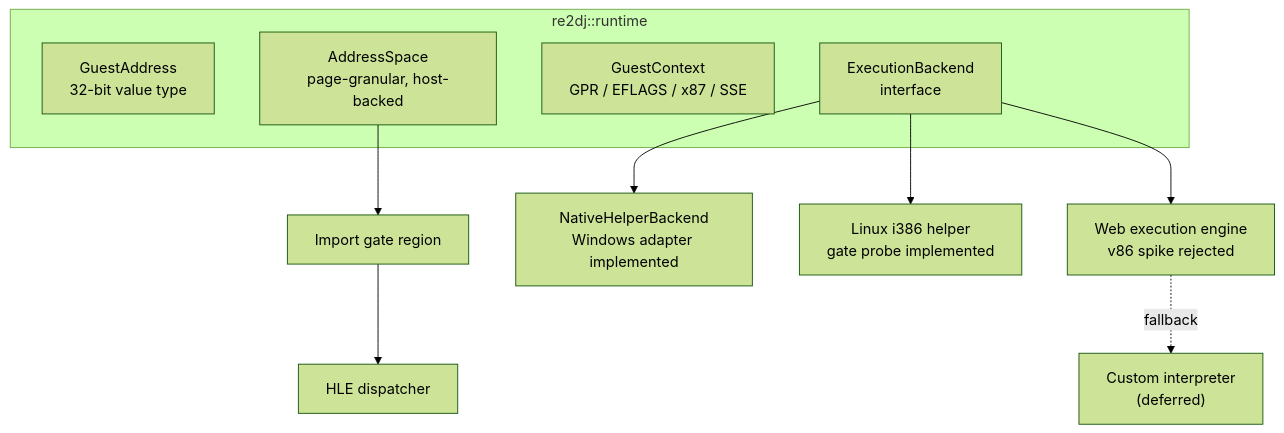
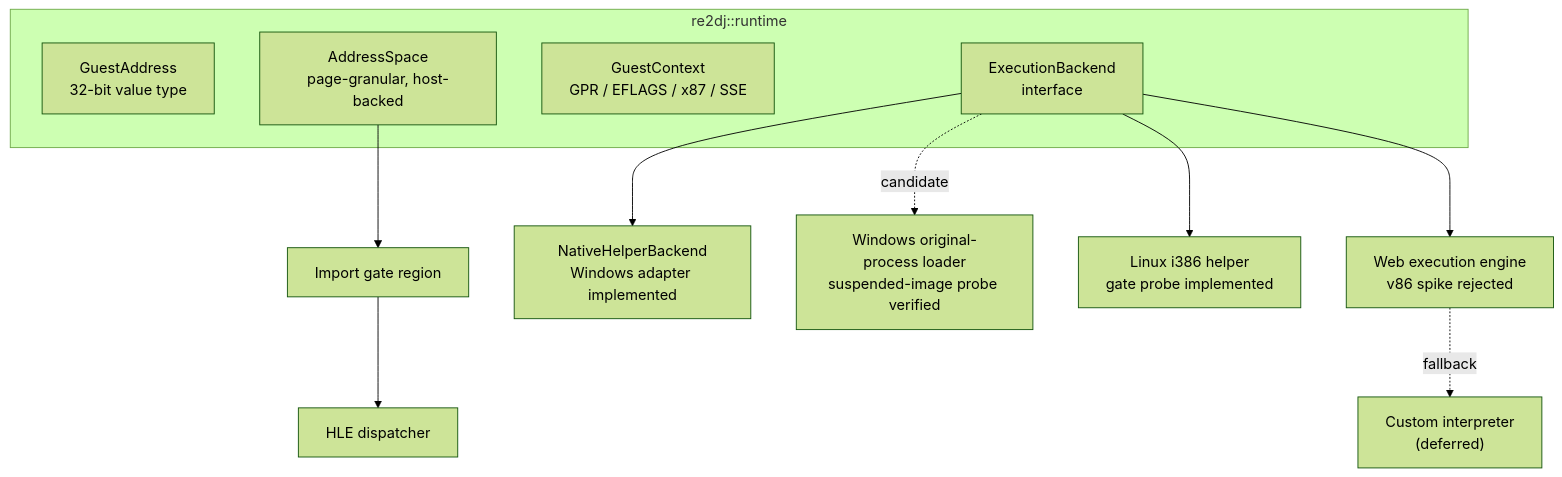
The third of 3 diagrams in ARCHITECTURE.md (nworkers/re2DJ), drawn with Mermaid (forest theme) before and after one commit. The commit also changed other lines of this file and 124 other files, not shown here.

Commit message:
Bring up Windows x86 launcher probe and trace protected ez2dj execution

````diff
--- a/ARCHITECTURE.md
+++ b/ARCHITECTURE.md
@@ -199,15 +199,16 @@
 ```mermaid
 flowchart TD
     subgraph runtime["re2dj::runtime"]
         GA["GuestAddress<br/>32-bit value type"]
         AS["AddressSpace<br/>page-granular, host-backed"]
         CTX["GuestContext<br/>GPR / EFLAGS / x87 / SSE"]
         BE["ExecutionBackend<br/>interface"]
     end
     BE --> NAT["NativeHelperBackend<br/>Windows adapter implemented"]
+    BE -.candidate.-> ORIG["Windows original-process loader<br/>suspended-image probe verified"]
     BE --> LNX["Linux i386 helper<br/>gate probe implemented"]
     BE --> WEB["Web execution engine<br/>v86 spike rejected"]
     WEB -.fallback.-> INT["Custom interpreter<br/>(deferred)"]
     AS --> GATE["Import gate region"]
     GATE --> DISP["HLE dispatcher"]
 ```
````
